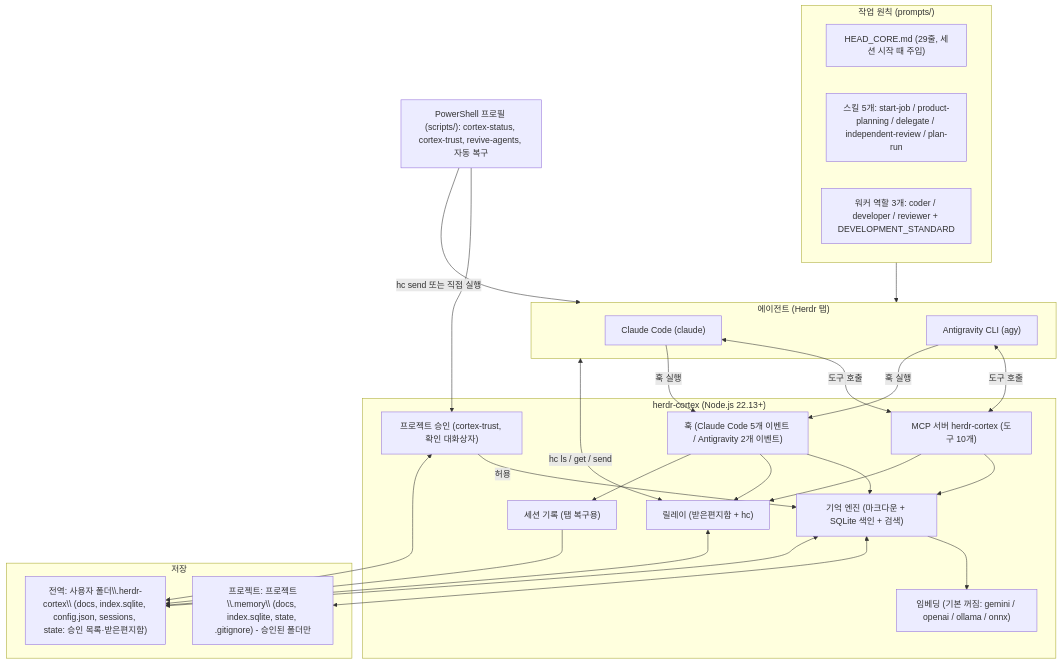
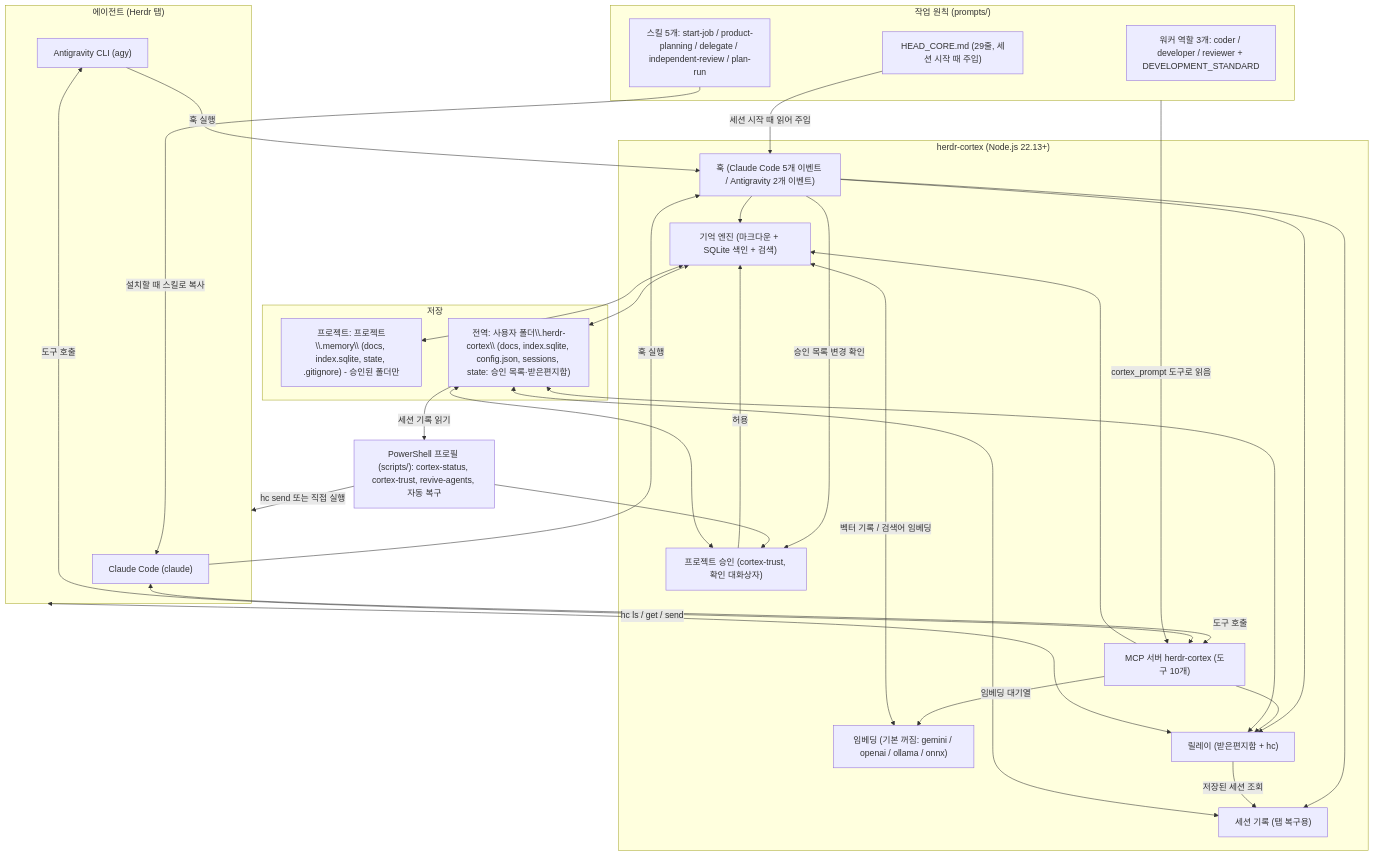
The diagram in README.md (ggumtakg/herdr-cortex), drawn with Mermaid before and after one commit. The commit also changed other lines of this file and 10 other files, not shown here.

````diff
--- a/README.md
+++ b/README.md
@@ -796,51 +90,57 @@
 ```mermaid
 flowchart TB
     subgraph Prompts["작업 원칙 (prompts/)"]
         HC["HEAD_CORE.md (29줄, 세션 시작 때 주입)"]
         SK["스킬 5개: start-job / product-planning / delegate / independent-review / plan-run"]
         WK["워커 역할 3개: coder / developer / reviewer + DEVELOPMENT_STANDARD"]
     end
 
     subgraph Hosts["에이전트 (Herdr 탭)"]
         CL["Claude Code (claude)"]
         AG["Antigravity CLI (agy)"]
     end
 
     subgraph Core["herdr-cortex (Node.js 22.13+)"]
         MCP["MCP 서버 herdr-cortex (도구 10개)"]
         HOOK["훅 (Claude Code 5개 이벤트 / Antigravity 2개 이벤트)"]
         TRUST["프로젝트 승인 (cortex-trust, 확인 대화상자)"]
         MEM["기억 엔진 (마크다운 + SQLite 색인 + 검색)"]
         EMB["임베딩 (기본 꺼짐: gemini / openai / ollama / onnx)"]
         REL["릴레이 (받은편지함 + hc)"]
         REV["세션 기록 (탭 복구용)"]
     end
 
     subgraph Storage["저장"]
         PM["프로젝트: 프로젝트\\.memory\\ (docs, index.sqlite, state, .gitignore) - 승인된 폴더만"]
         GM["전역: 사용자 폴더\\.herdr-cortex\\ (docs, index.sqlite, config.json, sessions, state: 승인 목록·받은편지함)"]
     end
 
     PS["PowerShell 프로필 (scripts/): cortex-status, cortex-trust, revive-agents, 자동 복구"]
 
-    Prompts --> Hosts
+    HC -->|"세션 시작 때 읽어 주입"| HOOK
+    Prompts -->|"cortex_prompt 도구로 읽음"| MCP
+    SK -->|"설치할 때 스킬로 복사"| CL
     CL <-->|"도구 호출"| MCP
     AG <-->|"도구 호출"| MCP
     CL -->|"훅 실행"| HOOK
     AG -->|"훅 실행"| HOOK
     HOOK --> MEM
     HOOK --> REL
     HOOK --> REV
+    HOOK -->|"승인 목록 변경 확인"| TRUST
     MCP --> MEM
     MCP --> REL
-    MEM --> EMB
+    MCP -->|"임베딩 대기열"| EMB
+    EMB <-->|"벡터 기록 / 검색어 임베딩"| MEM
     TRUST -->|"허용"| MEM
     MEM <--> PM
     MEM <--> GM
     REL <--> GM
-    REV --> GM
+    REL -->|"저장된 세션 조회"| REV
+    REV <--> GM
     TRUST <--> GM
     REL <-->|"hc ls / get / send"| Hosts
     PS --> TRUST
+    GM -->|"세션 기록 읽기"| PS
     PS -->|"hc send 또는 직접 실행"| Hosts
 ```
````
